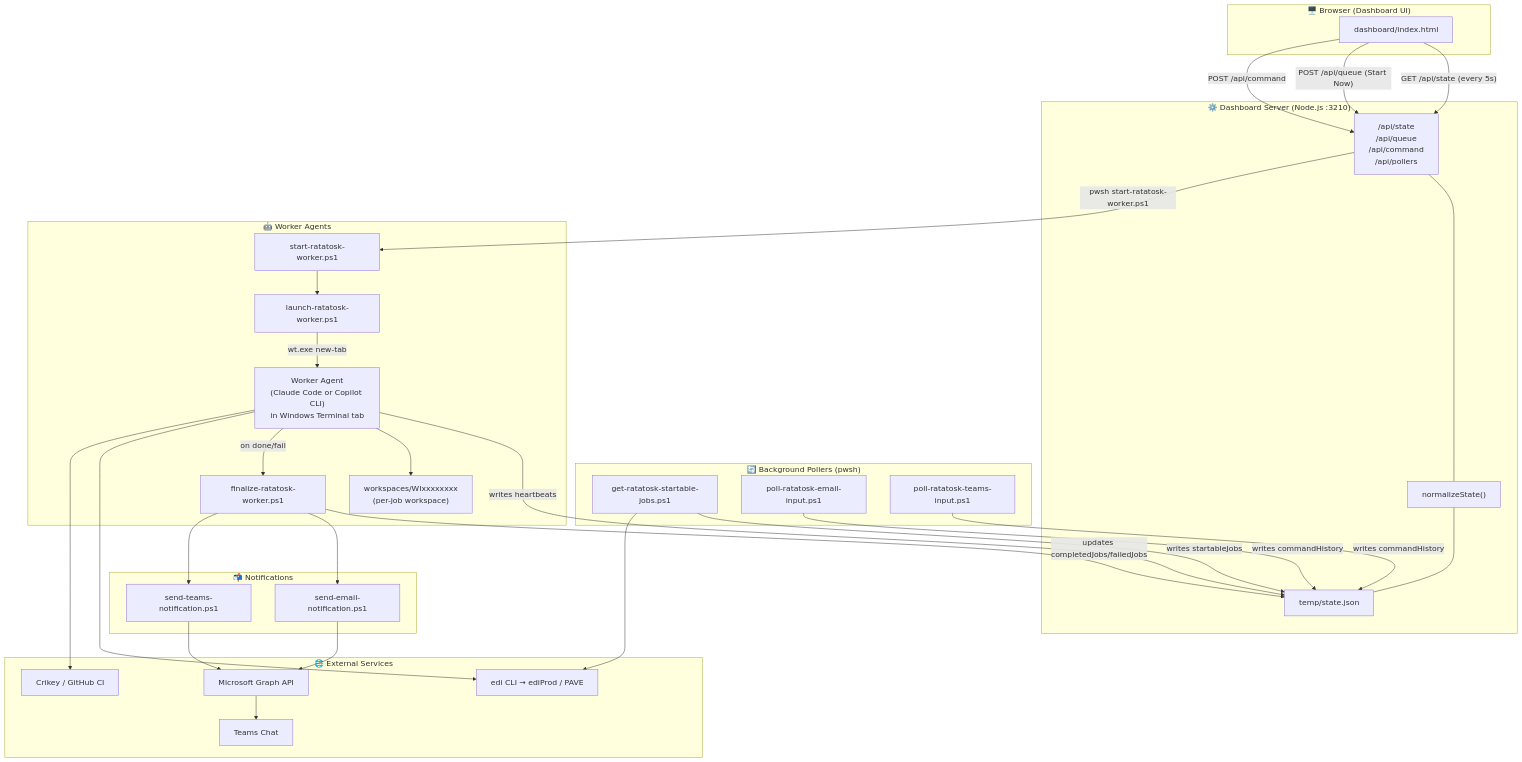
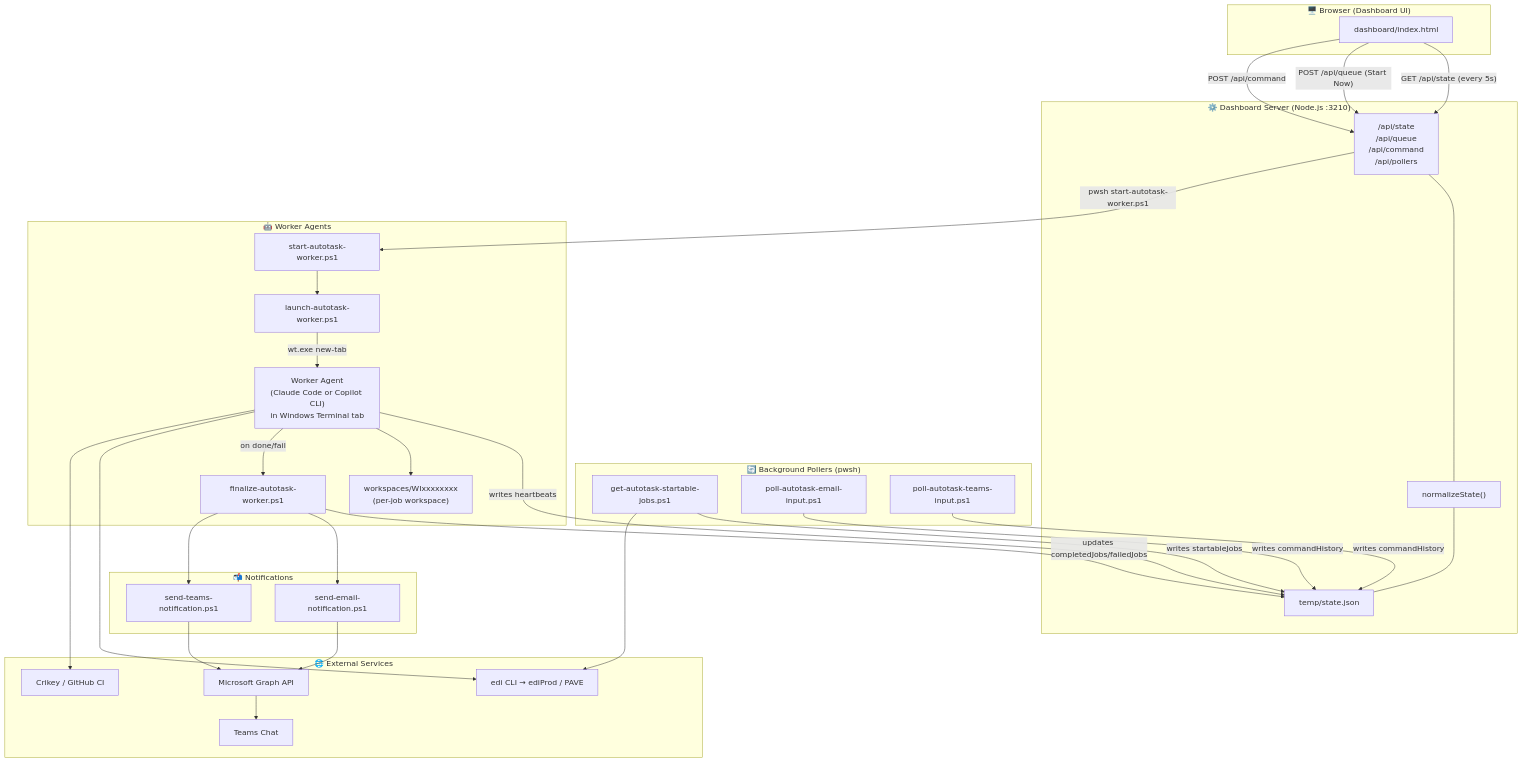
One commit to cat-hoang/ai-studio changed the first of 12 diagrams in docs/architecture-overview.md. Above: the diagram before and after it, drawn with Mermaid. The commit also changed other lines of this file and 68 other files, not shown here.

First line of the commit message:
Add Autotask user input handling scripts and update Teams chat integration

````diff
--- a/docs/architecture-overview.md
+++ b/docs/architecture-overview.md
@@ -49,62 +49,62 @@
 ```mermaid
 graph TB
     subgraph Browser["🖥️ Browser (Dashboard UI)"]
         UI[dashboard/index.html]
     end
 
     subgraph Server["⚙️ Dashboard Server (Node.js :3210)"]
         API["/api/state<br>/api/queue<br>/api/command<br>/api/pollers"]
         NRM["normalizeState()"]
         STATE["temp/state.json"]
     end
 
     subgraph Pollers["🔄 Background Pollers (pwsh)"]
-        PJ[get-ratatosk-startable-jobs.ps1]
-        PE[poll-ratatosk-email-input.ps1]
-        PT[poll-ratatosk-teams-input.ps1]
+        PJ[get-autotask-startable-jobs.ps1]
+        PE[poll-autotask-email-input.ps1]
+        PT[poll-autotask-teams-input.ps1]
     end
 
     subgraph Workers["🤖 Worker Agents"]
-        SW[start-ratatosk-worker.ps1]
-        LW[launch-ratatosk-worker.ps1]
+        SW[start-autotask-worker.ps1]
+        LW[launch-autotask-worker.ps1]
         WA["Worker Agent<br/>(Claude Code or Copilot CLI)<br/>in Windows Terminal tab"]
         WS["workspaces/WIxxxxxxxx<br/>(per-job workspace)"]
-        FW[finalize-ratatosk-worker.ps1]
+        FW[finalize-autotask-worker.ps1]
     end
 
     subgraph Notify["📬 Notifications"]
         EM[send-email-notification.ps1]
         TM[send-teams-notification.ps1]
     end
 
     subgraph External["🌐 External Services"]
         EDI[edi CLI → ediProd / PAVE]
         GRAPH[Microsoft Graph API]
         TEAMS[Teams Chat]
         CRIKEY[Crikey / GitHub CI]
     end
 
     UI -- "GET /api/state (every 5s)" --> API
     UI -- "POST /api/queue (Start Now)" --> API
     UI -- "POST /api/command" --> API
     API --- NRM
     NRM --- STATE
-    API -- "pwsh start-ratatosk-worker.ps1" --> SW
+    API -- "pwsh start-autotask-worker.ps1" --> SW
     SW --> LW
     LW -- "wt.exe new-tab" --> WA
     WA -- "writes heartbeats" --> STATE
     WA --> WS
     WA -- "on done/fail" --> FW
     FW -- "updates completedJobs/failedJobs" --> STATE
     FW --> EM
     FW --> TM
     PJ -- "writes startableJobs" --> STATE
     PE -- "writes commandHistory" --> STATE
     PT -- "writes commandHistory" --> STATE
     PJ --> EDI
     EM --> GRAPH
     TM --> GRAPH
     GRAPH --> TEAMS
     WA --> EDI
     WA --> CRIKEY
 ```
````
